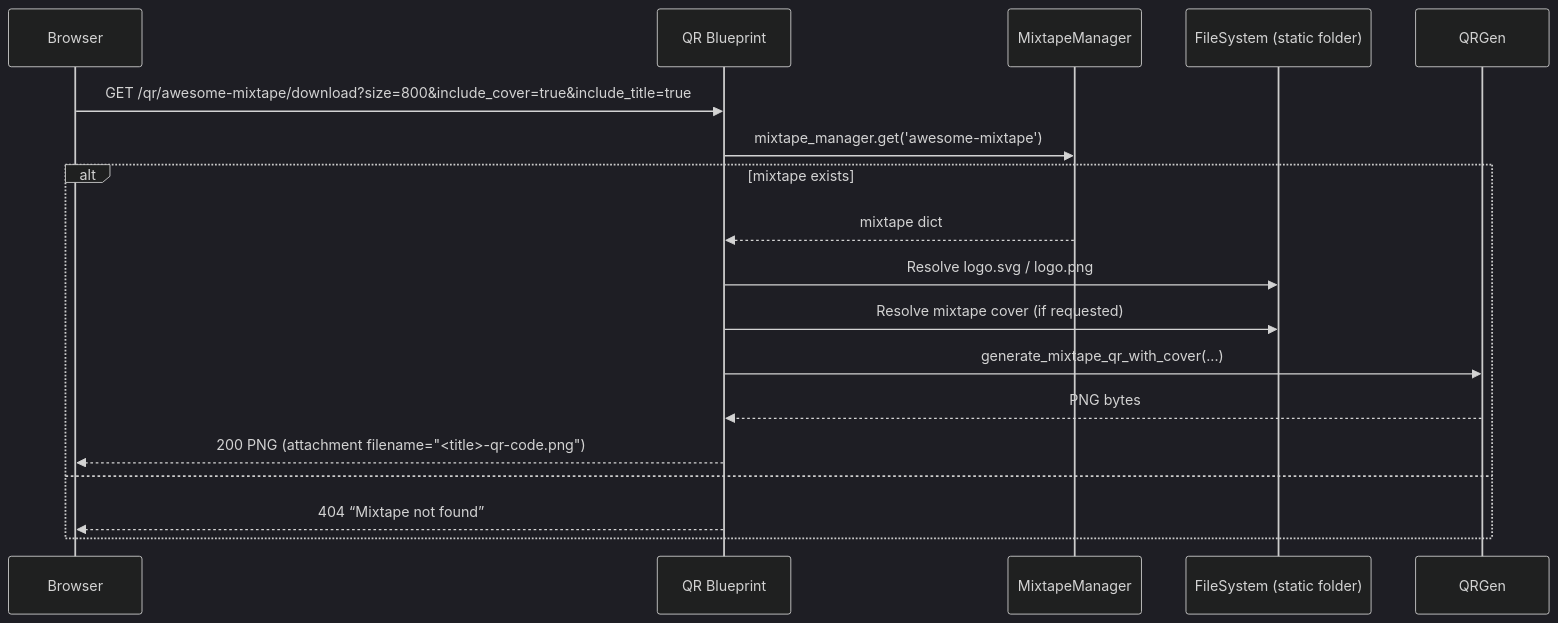
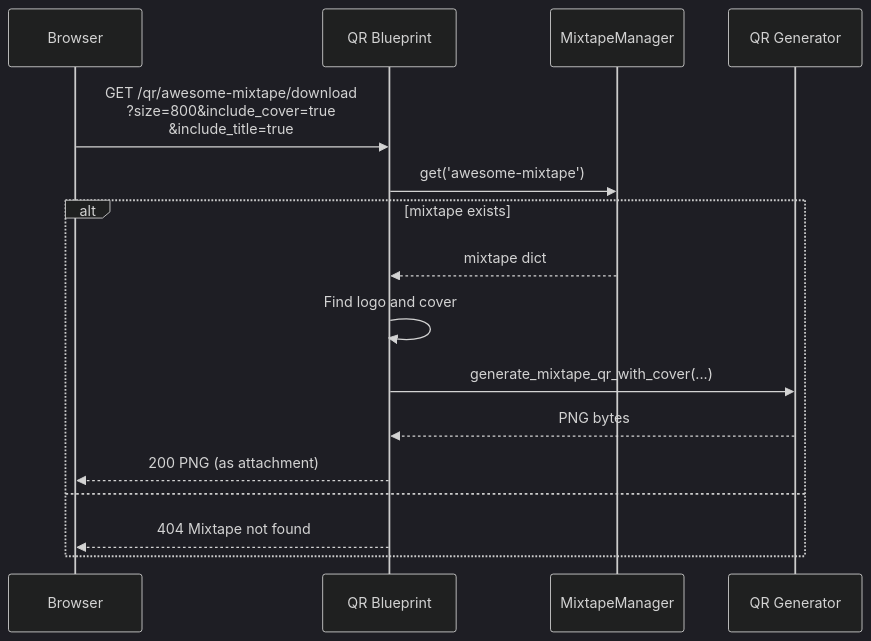
The second of 3 diagrams in docs/development/web-application/routes/qr-codes.md (mark-me/mixtape-society), drawn with Mermaid (dark theme) before and after one commit. The commit also changed other lines of this file and 19 other files, not shown here.

First line of the commit message:
Simplify unreadable diagrams and correct small errors in the docs

````diff
--- a/docs/development/web-application/routes/qr-codes.md
+++ b/docs/development/web-application/routes/qr-codes.md
@@ -55,20 +55,19 @@
 ```mermaid
 sequenceDiagram
     participant UI as Browser
     participant Flask as QR Blueprint
     participant MM as MixtapeManager
-    participant FS as FileSystem (static folder)
+    participant QRGen as QR Generator
 
-    UI->>Flask: GET /qr/awesome-mixtape/download?size=800&include_cover=true&include_title=true
-    Flask->>MM: mixtape_manager.get('awesome-mixtape')
+    UI->>Flask: GET /qr/awesome-mixtape/download<br/>?size=800&include_cover=true<br/>&include_title=true
+    Flask->>MM: get('awesome-mixtape')
     alt mixtape exists
         MM-->>Flask: mixtape dict
-        Flask->>FS: Resolve logo.svg / logo.png
-        Flask->>FS: Resolve mixtape cover (if requested)
+        Flask->>Flask: Find logo and cover
         Flask->>QRGen: generate_mixtape_qr_with_cover(...)
         QRGen-->>Flask: PNG bytes
-        Flask-->>UI: 200 PNG (attachment filename="<title>-qr-code.png")
+        Flask-->>UI: 200 PNG (as attachment)
     else
-        Flask-->>UI: 404 “Mixtape not found”
+        Flask-->>UI: 404 Mixtape not found
     end
 ```
````
